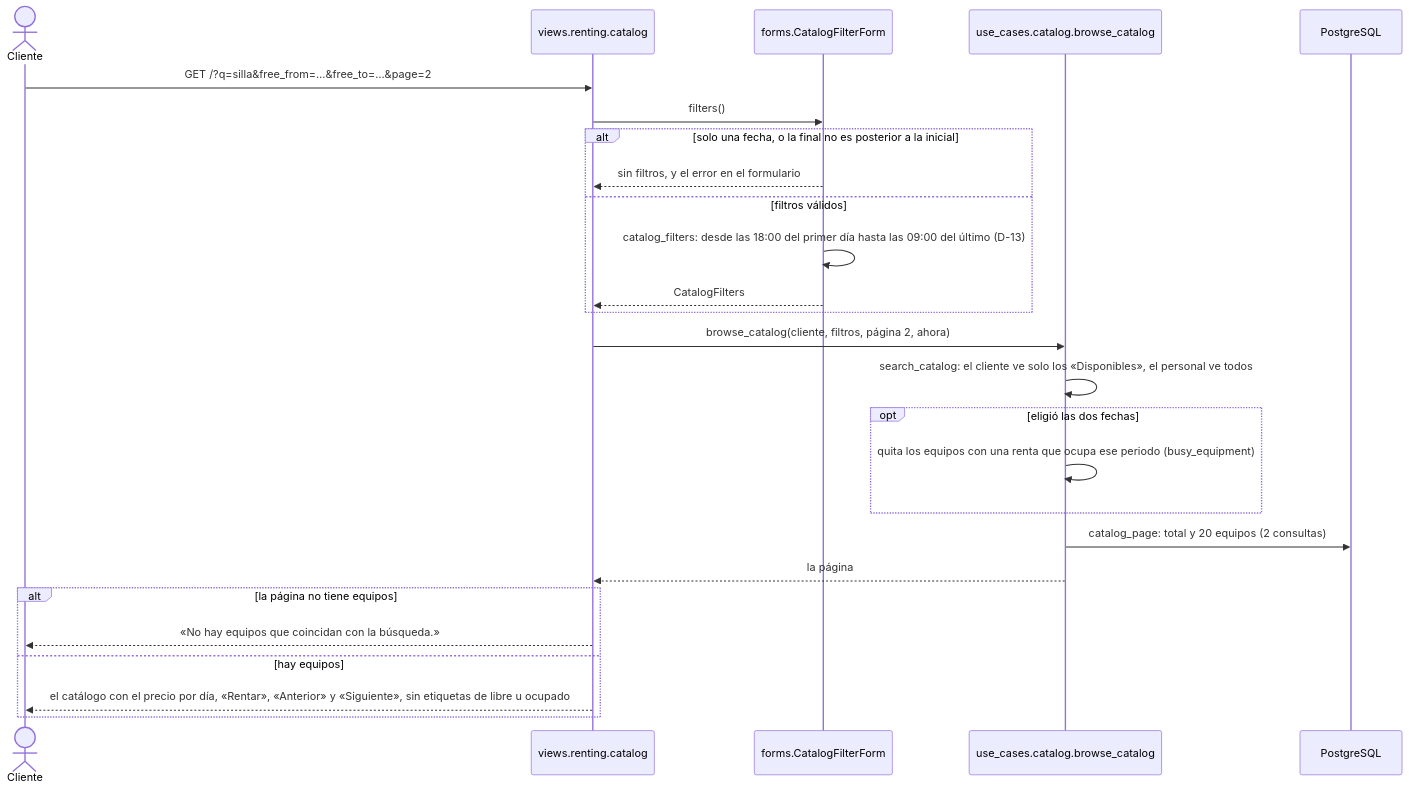
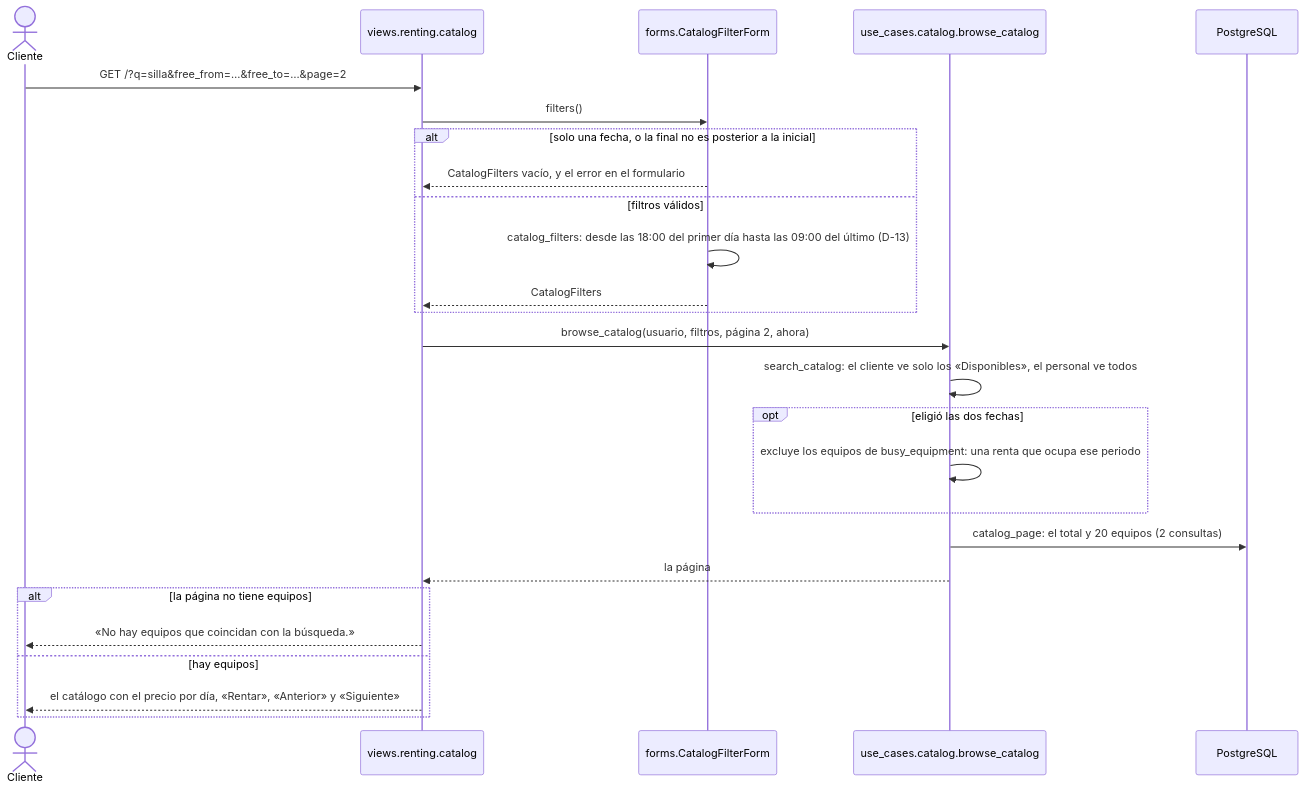
The seventh of 39 diagrams in docs/casos-de-uso.md (peterteranb/astra-rent-system), drawn with Mermaid before and after one commit. The commit also changed other lines of this file and 9 other files, not shown here.

````diff
--- a/docs/casos-de-uso.md
+++ b/docs/casos-de-uso.md
@@ -271,28 +365,28 @@
 ```mermaid
 sequenceDiagram
     actor C as Cliente
     participant V as views.renting.catalog
     participant F as forms.CatalogFilterForm
     participant U as use_cases.catalog.browse_catalog
     participant BD as PostgreSQL
     C->>V: GET /?q=silla&free_from=…&free_to=…&page=2
     V->>F: filters()
     alt solo una fecha, o la final no es posterior a la inicial
-        F-->>V: sin filtros, y el error en el formulario
+        F-->>V: CatalogFilters vacío, y el error en el formulario
     else filtros válidos
         F->>F: catalog_filters: desde las 18:00 del primer día hasta las 09:00 del último (D-13)
         F-->>V: CatalogFilters
     end
-    V->>U: browse_catalog(cliente, filtros, página 2, ahora)
+    V->>U: browse_catalog(usuario, filtros, página 2, ahora)
     U->>U: search_catalog: el cliente ve solo los «Disponibles», el personal ve todos
     opt eligió las dos fechas
-        U->>U: quita los equipos con una renta que ocupa ese periodo (busy_equipment)
+        U->>U: excluye los equipos de busy_equipment: una renta que ocupa ese periodo
     end
-    U->>BD: catalog_page: total y 20 equipos (2 consultas)
+    U->>BD: catalog_page: el total y 20 equipos (2 consultas)
     U-->>V: la página
     alt la página no tiene equipos
         V-->>C: «No hay equipos que coincidan con la búsqueda.»
     else hay equipos
-        V-->>C: el catálogo con el precio por día, «Rentar», «Anterior» y «Siguiente», sin etiquetas de libre u ocupado
+        V-->>C: el catálogo con el precio por día, «Rentar», «Anterior» y «Siguiente»
     end
 ```
````
